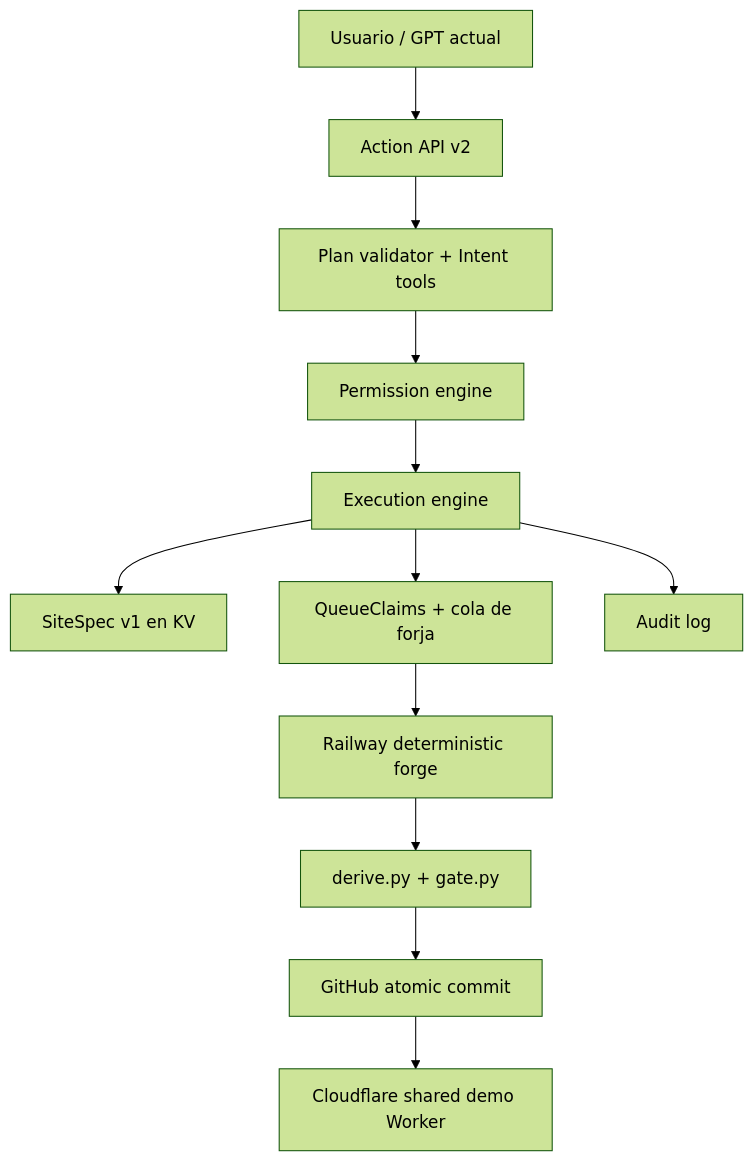
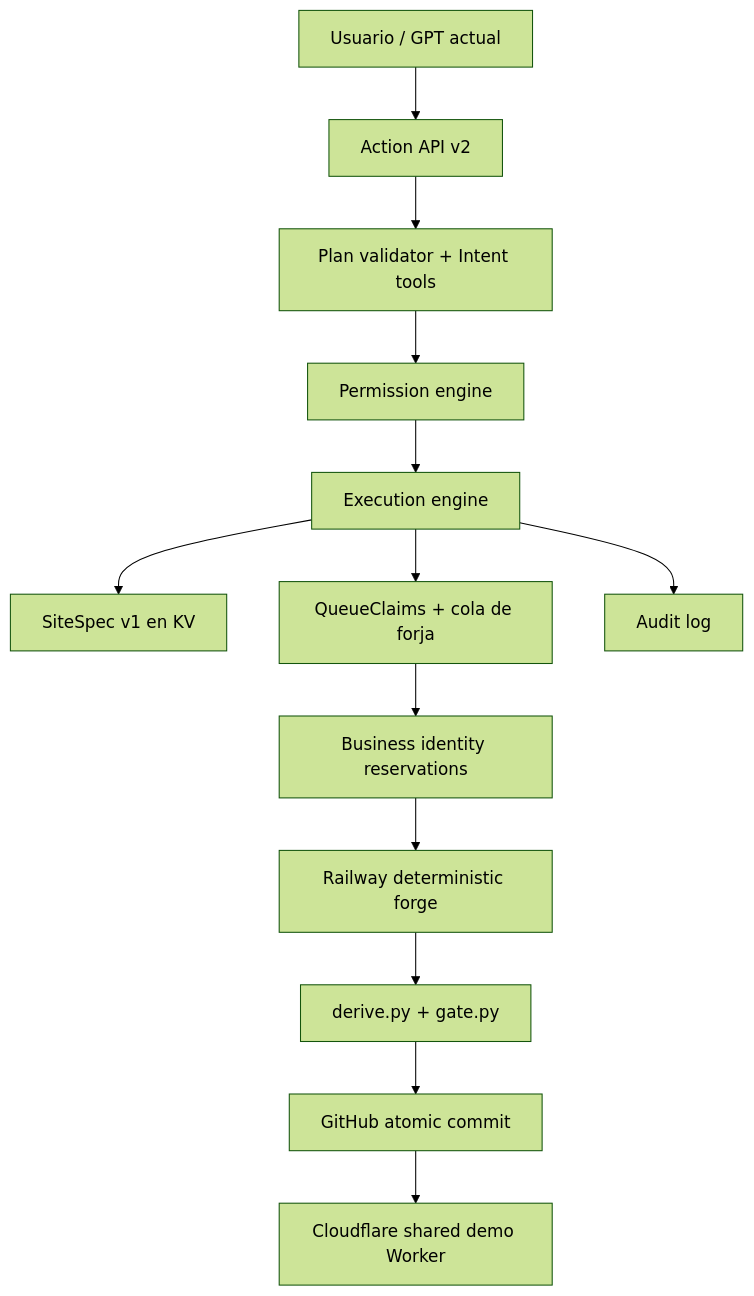
The diagram in docs/architecture.md (luiso2/webistecreator), drawn with Mermaid (forest theme) before and after one commit. The commit also changed other lines of this file and 16 other files, not shown here.

````diff
--- a/docs/architecture.md
+++ b/docs/architecture.md
@@ -5,14 +5,15 @@
 ```mermaid
 flowchart TD
   U[Usuario / GPT actual] --> A[Action API v2]
   A --> R[Plan validator + Intent tools]
   R --> P[Permission engine]
   P --> E[Execution engine]
   E --> S[SiteSpec v1 en KV]
   E --> Q[QueueClaims + cola de forja]
-  Q --> F[Railway deterministic forge]
+  Q --> I[Business identity reservations]
+  I --> F[Railway deterministic forge]
   F --> G[derive.py + gate.py]
   G --> C[GitHub atomic commit]
   C --> W[Cloudflare shared demo Worker]
   E --> L[Audit log]
 ```
````
